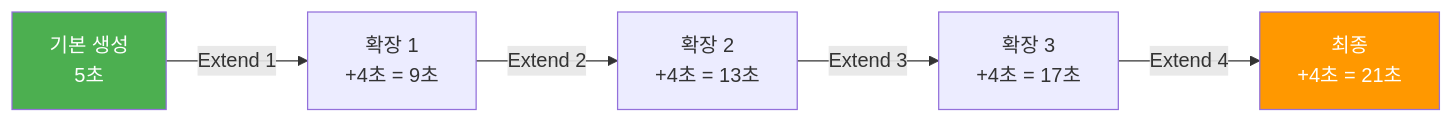
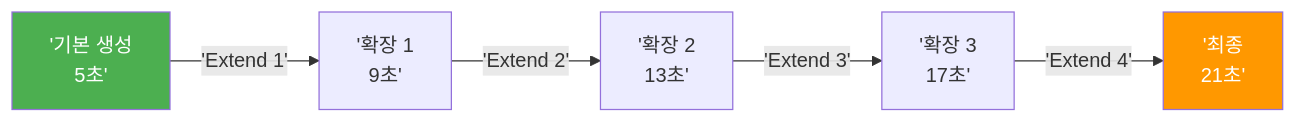
Before and after one commit to jsonpassion/forge-tutorial-promptcanvas: the first of 3 diagrams in 10-ch10-midjourney-영상-생성/04-04-영상-확장과-반복-생성.md, drawn with Mermaid. The commit also changed other lines of this file and 63 other files, not shown here.

````diff
--- a/10-ch10-midjourney-영상-생성/04-04-영상-확장과-반복-생성.md
+++ b/10-ch10-midjourney-영상-생성/04-04-영상-확장과-반복-생성.md
@@ -33,10 +13,10 @@
 ```mermaid
 flowchart LR
-    A["기본 생성<br/>5초"] -->|"Extend 1"| B["확장 1<br/>+4초 = 9초"]
-    B -->|"Extend 2"| C["확장 2<br/>+4초 = 13초"]
-    C -->|"Extend 3"| D["확장 3<br/>+4초 = 17초"]
-    D -->|"Extend 4"| E["최종<br/>+4초 = 21초"]
+    A['기본 생성<br/>5초'] -->|'Extend 1'| B['확장 1<br/>9초']
+    B -->|'Extend 2'| C['확장 2<br/>13초']
+    C -->|'Extend 3'| D['확장 3<br/>17초']
+    D -->|'Extend 4'| E['최종<br/>21초']
 
     style A fill:#4CAF50,color:#fff
     style E fill:#FF9800,color:#fff
 ```
````
